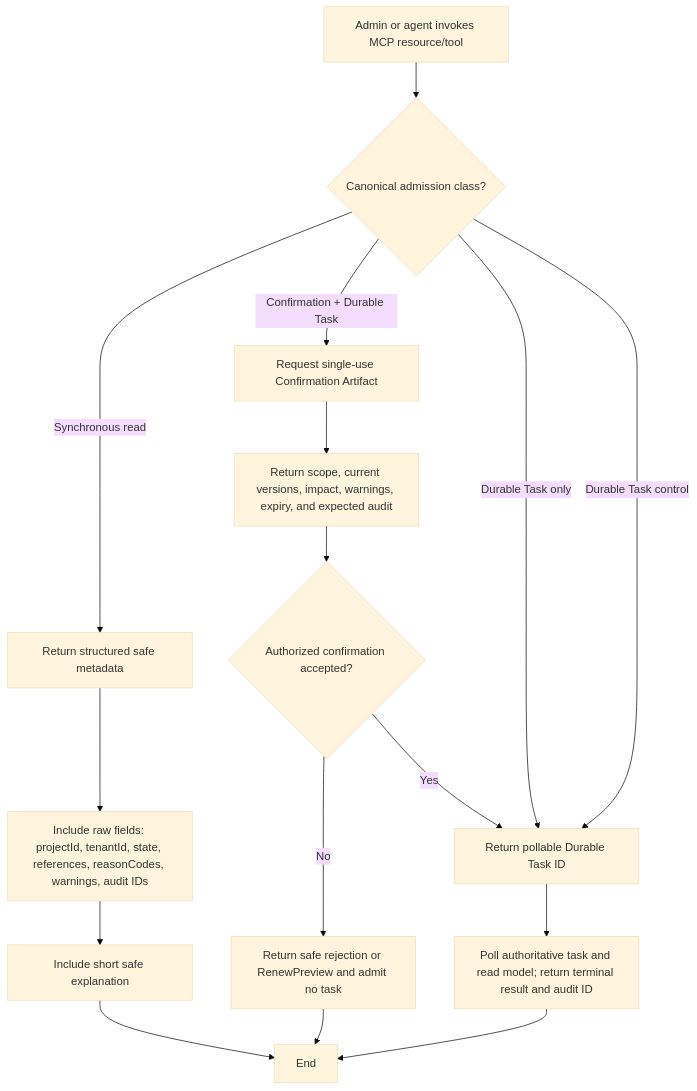
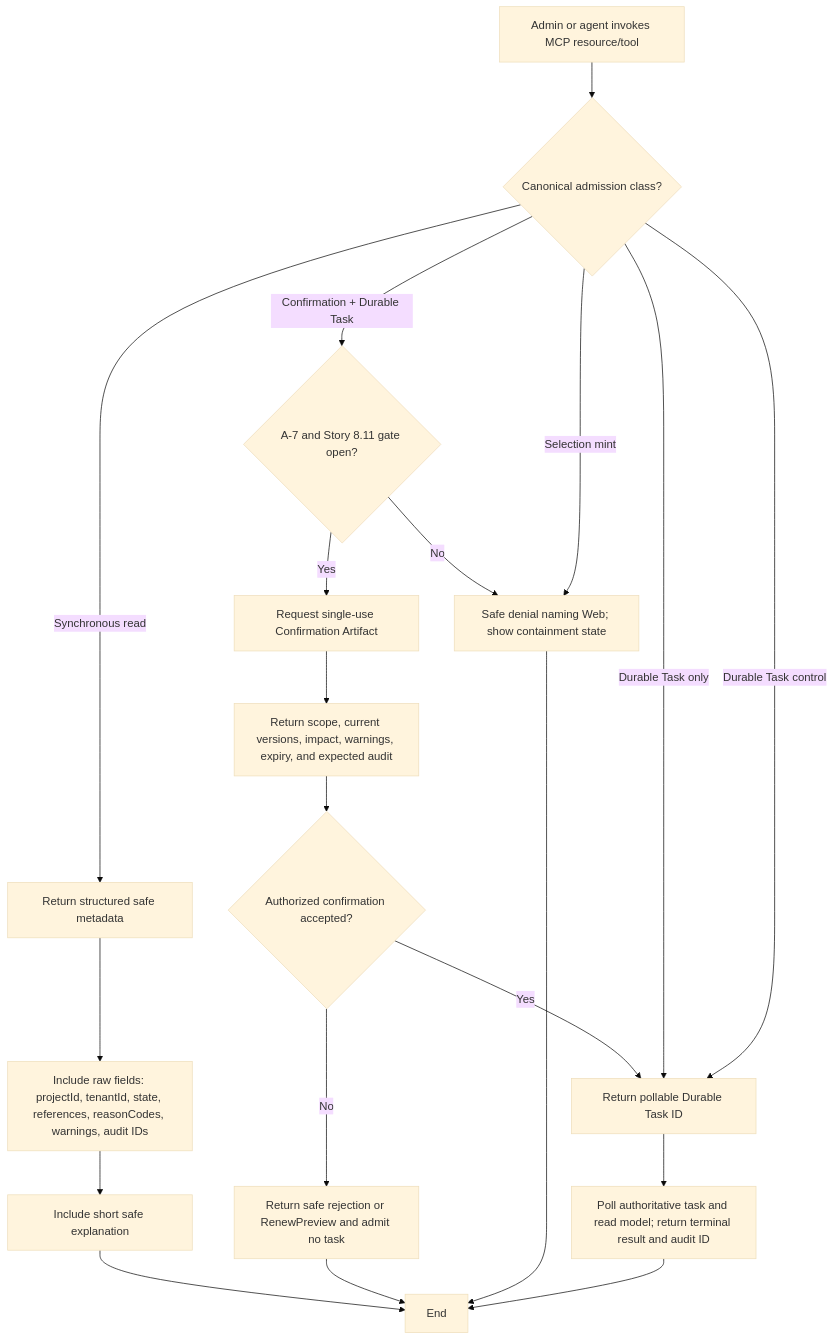
Before and after one commit to Hexalith/Hexalith.Projects: the third of 3 diagrams in _bmad-output/planning-artifacts/ux-design-specification.md, drawn with Mermaid (base theme). The commit also changed other lines of this file and 8 other files, not shown here.

````diff
--- a/_bmad-output/planning-artifacts/ux-design-specification.md
+++ b/_bmad-output/planning-artifacts/ux-design-specification.md
@@ -701,18 +710,22 @@
 ```mermaid
 flowchart TD
     A[Admin or agent invokes MCP resource/tool] --> B{Canonical admission class?}
     B -- Synchronous read --> C[Return structured safe metadata]
     C --> D[Include raw fields: projectId, tenantId, state, references, reasonCodes, warnings, audit IDs]
     D --> E[Include short safe explanation]
-    B -- Confirmation + Durable Task --> F[Request single-use Confirmation Artifact]
+    B -- Confirmation + Durable Task --> GATE{A-7 and Story 8.11 gate open?}
+    GATE -- No --> CLOSED[Safe denial naming Web; show containment state]
+    GATE -- Yes --> F[Request single-use Confirmation Artifact]
     F --> G[Return scope, current versions, impact, warnings, expiry, and expected audit]
     G --> H{Authorized confirmation accepted?}
     H -- No --> I[Return safe rejection or RenewPreview and admit no task]
     H -- Yes --> J[Return pollable Durable Task ID]
     B -- Durable Task only --> J
     B -- Durable Task control --> J
+    B -- Selection mint --> CLOSED
     J --> K[Poll authoritative task and read model; return terminal result and audit ID]
     E --> L[End]
     I --> L
+    CLOSED --> L
     K --> L
 ```
````
